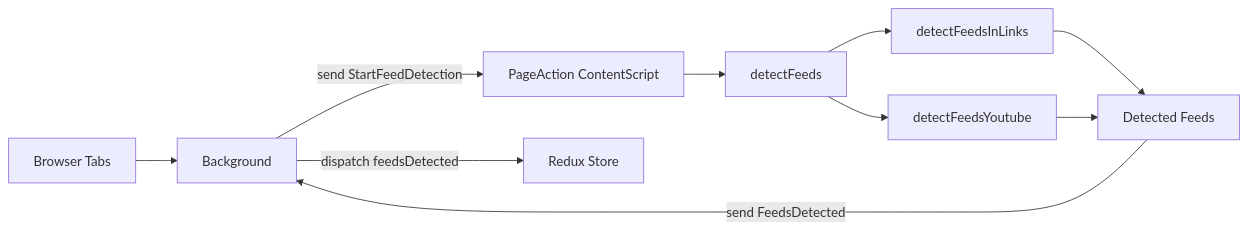
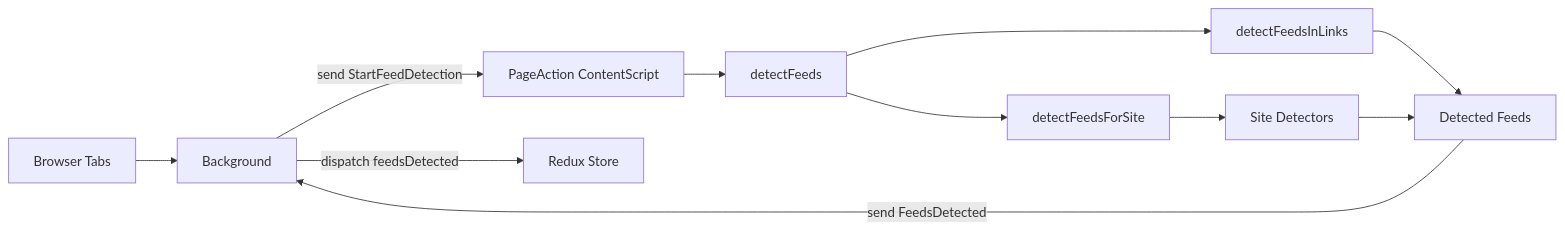
The diagram in src/services/feedDetection/README.md (dermeck/feeds-sidebar), drawn with Mermaid before and after one commit. The commit also changed other lines of this file and 17 other files, not shown here.

````diff
--- a/src/services/feedDetection/README.md
+++ b/src/services/feedDetection/README.md
@@ -16,12 +16,13 @@
 ```mermaid
 flowchart LR
   BT[Browser Tabs] --> BG[Background]
   BG -->|send StartFeedDetection| CS[PageAction ContentScript]
   CS --> DF[detectFeeds]
   DF --> LNK[detectFeedsInLinks]
-  DF --> YT[detectFeedsYoutube]
+  DF --> DFS[detectFeedsForSite]
+  DFS --> SITE[Site Detectors]
   LNK --> DET[Detected Feeds]
-  YT --> DET
+  SITE --> DET
   DET -->|send FeedsDetected| BG
   BG -->|dispatch feedsDetected| STORE[Redux Store]
 ```
````
